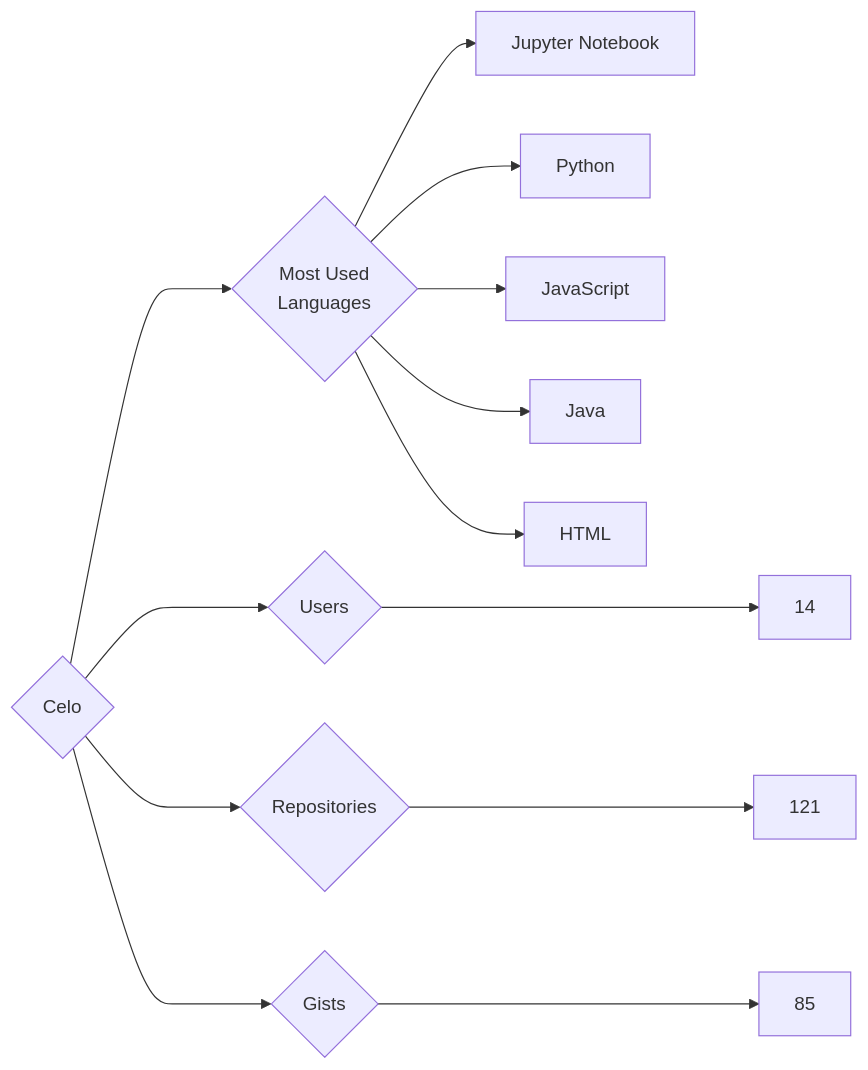
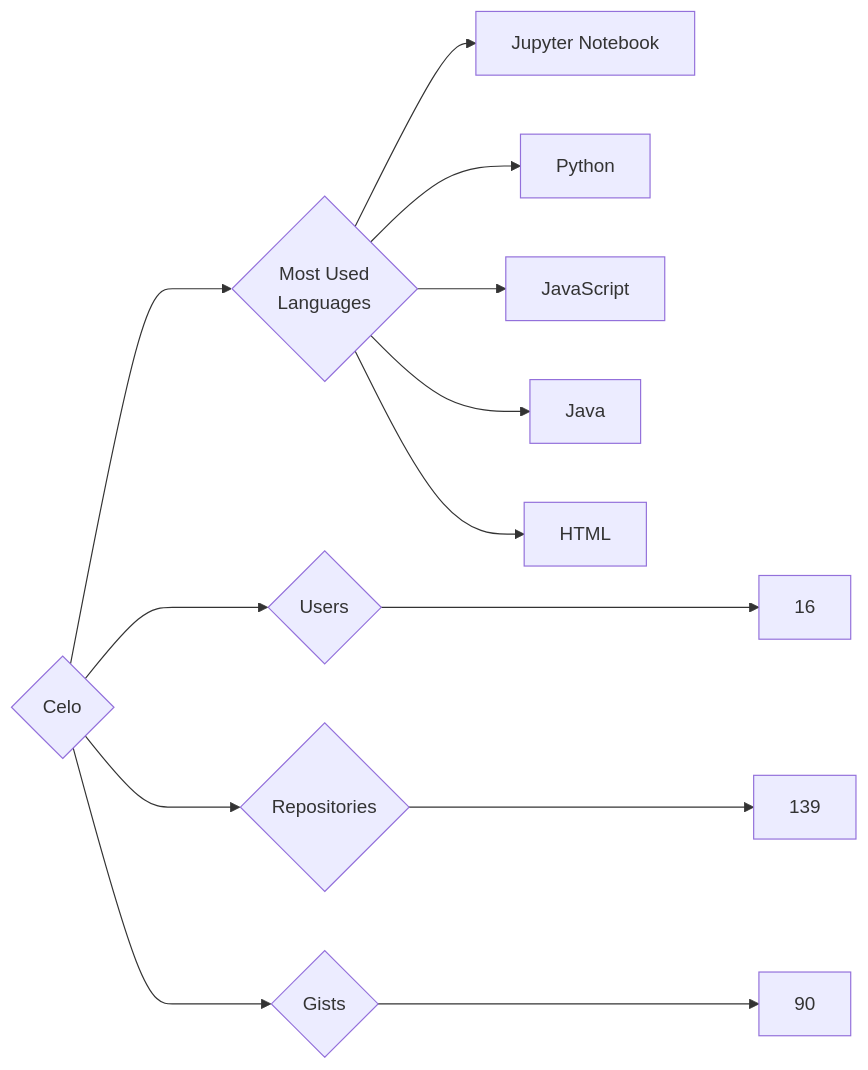
The diagram in targets/Celo/README.md (trickest/insiders), drawn with Mermaid before and after one commit. The commit also changed 914 other files, not shown here.

````diff
--- a/targets/Celo/README.md
+++ b/targets/Celo/README.md
@@ -3,13 +3,13 @@
 ```mermaid
 graph LR
 COMPANY_NAME{Celo}
-COMPANY_NAME ---> U{Users} ---> UN[14]
-COMPANY_NAME ---> R{Repositories} ---> RN[121]
-COMPANY_NAME ---> G{Gists} ---> GN[85]
+COMPANY_NAME ---> U{Users} ---> UN[16]
+COMPANY_NAME ---> R{Repositories} ---> RN[139]
+COMPANY_NAME ---> G{Gists} ---> GN[90]
 COMPANY_NAME ---> ML{Most Used<br>Languages}
 ML --> Jupyter_Notebook[Jupyter Notebook]
 ML --> Python[Python]
 ML --> JavaScript[JavaScript]
 ML --> Java[Java]
 ML --> HTML[HTML]
 ```
````
